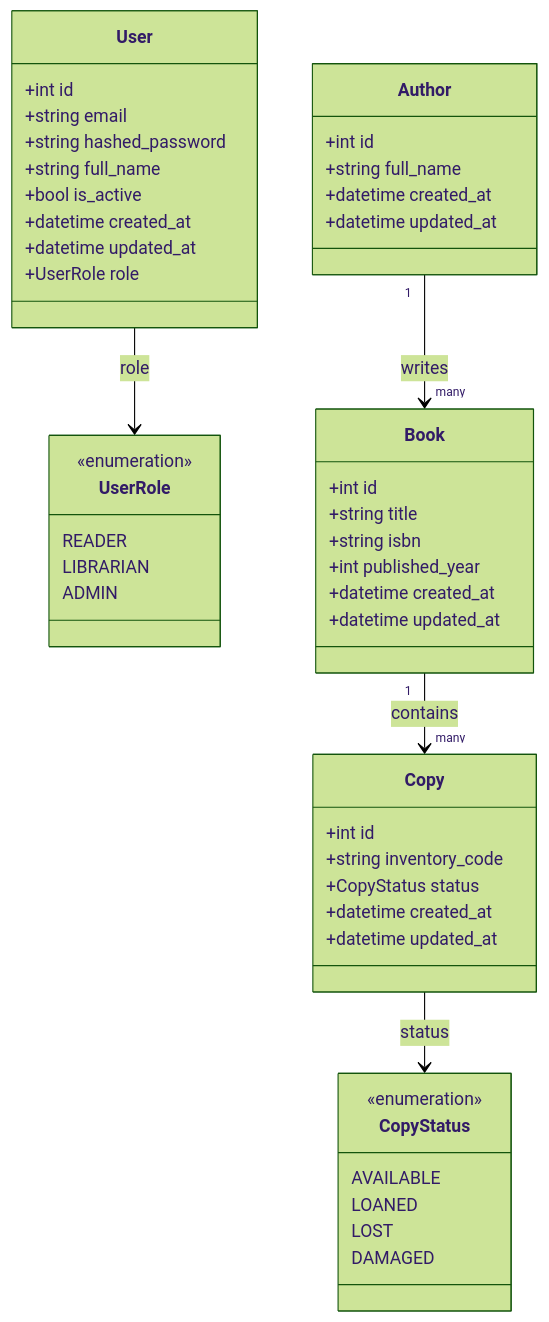
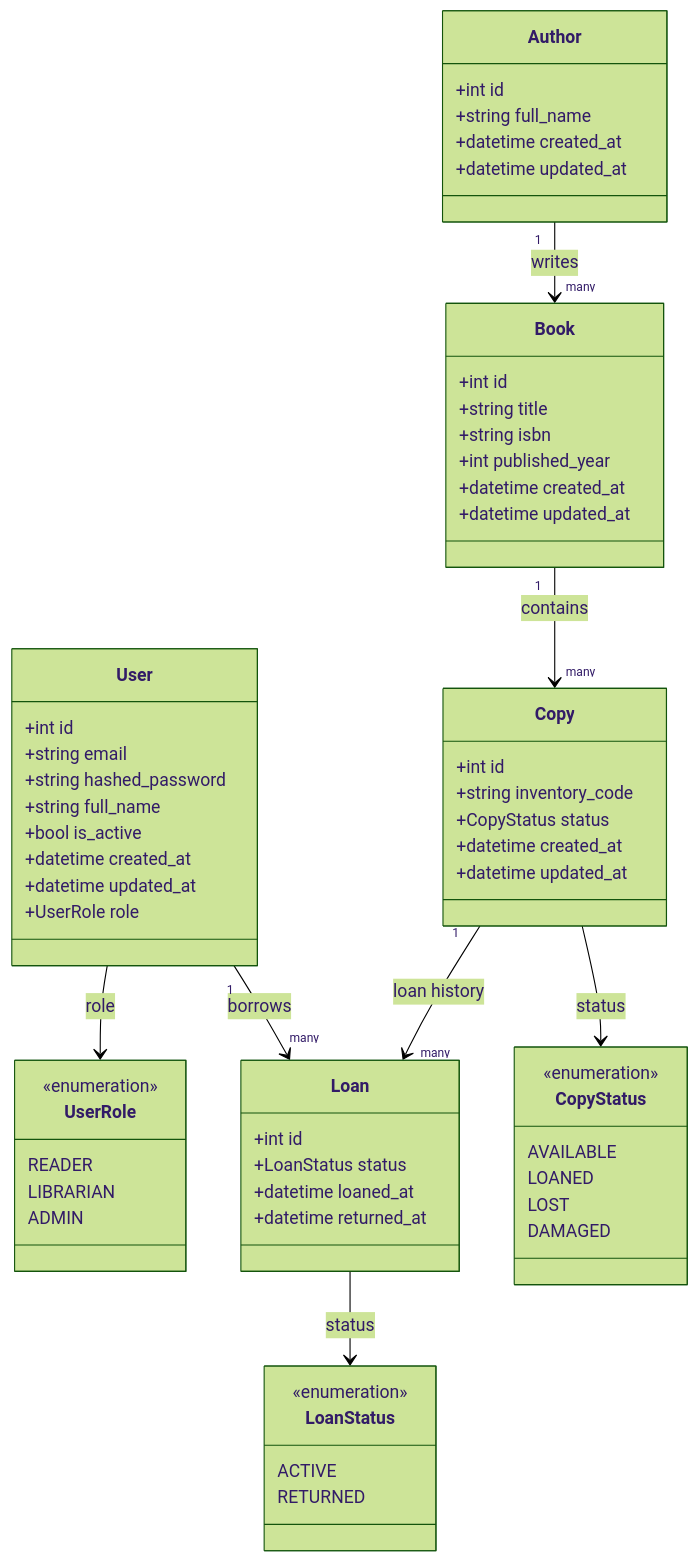
One commit to ktymura/library-management-system changed the diagram in docs/uml/class_diagram.mmd. Above: the diagram before and after it, drawn with Mermaid (forest theme). The commit also changed 10 other files, not shown here.

```diff
--- a/docs/uml/class_diagram.mmd
+++ b/docs/uml/class_diagram.mmd
@@ -1,58 +1,75 @@
 classDiagram
 
 class User {
     +int id
     +string email
     +string hashed_password
     +string full_name
     +bool is_active
     +datetime created_at
     +datetime updated_at
     +UserRole role
 }
 
 class UserRole {
     <<enumeration>>
     READER
     LIBRARIAN
     ADMIN
 }
 
 class Author {
     +int id
     +string full_name
     +datetime created_at
     +datetime updated_at
 }
 
 class Book {
     +int id
     +string title
     +string isbn
     +int published_year
     +datetime created_at
     +datetime updated_at
 }
 
 class Copy {
     +int id
     +string inventory_code
     +CopyStatus status
     +datetime created_at
     +datetime updated_at
 }
 
 class CopyStatus {
     <<enumeration>>
     AVAILABLE
     LOANED
     LOST
     DAMAGED
 }
 
+class Loan {
+    +int id
+    +LoanStatus status
+    +datetime loaned_at
+    +datetime returned_at
+}
+
+class LoanStatus {
+    <<enumeration>>
+    ACTIVE
+    RETURNED
+}
+
 User --> UserRole : role
 
 Author "1" --> "many" Book : writes
 Book "1" --> "many" Copy : contains
 
+User "1" --> "many" Loan : borrows
+Copy "1" --> "many" Loan : loan history
+
 Copy --> CopyStatus : status
+Loan --> LoanStatus : status
```
